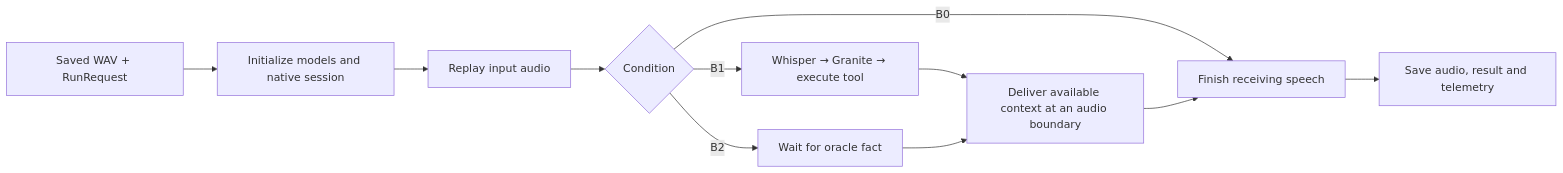
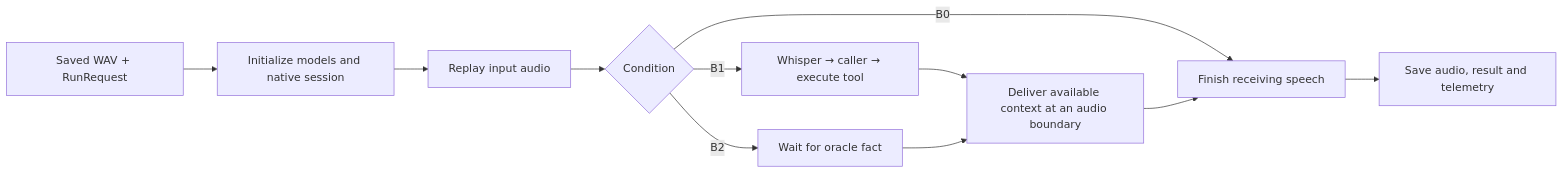
The diagram in tool_pipeline/README.md (smfabrar/minicpm_study), drawn with Mermaid before and after one commit. The commit also changed other lines of this file and 24 other files, not shown here.

````diff
--- a/tool_pipeline/README.md
+++ b/tool_pipeline/README.md
@@ -118,13 +121,13 @@
 ```mermaid
 flowchart LR
     A[Saved WAV + RunRequest] --> B[Initialize models and native session]
     B --> C[Replay input audio]
     C --> D{Condition}
     D -->|B0| G[Finish receiving speech]
-    D -->|B1| E[Whisper → Granite → execute tool]
+    D -->|B1| E[Whisper → caller → execute tool]
     D -->|B2| F[Wait for oracle fact]
     E --> H[Deliver available context at an audio boundary]
     F --> H
     H --> G
     G --> I[Save audio, result and telemetry]
 ```
````
